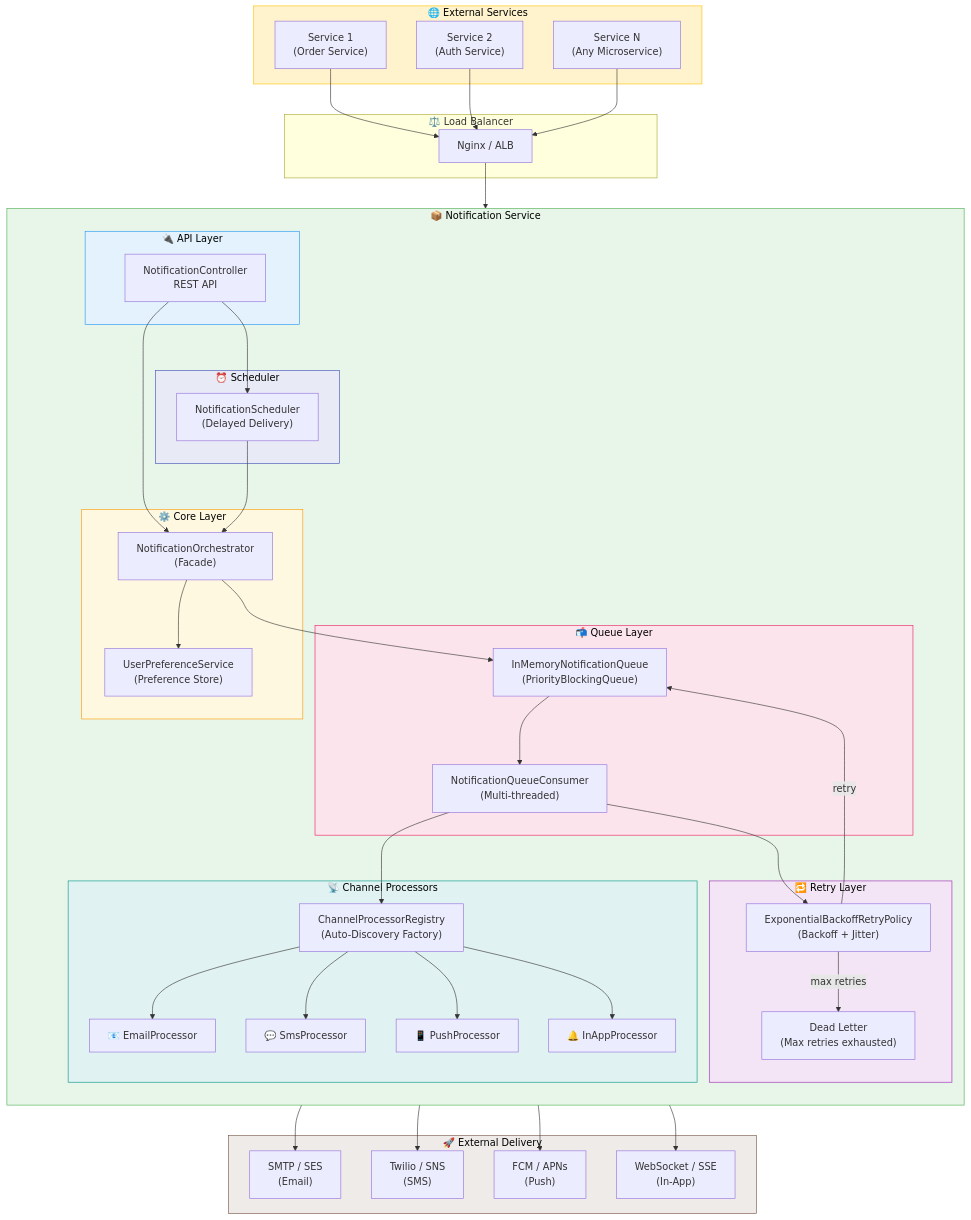
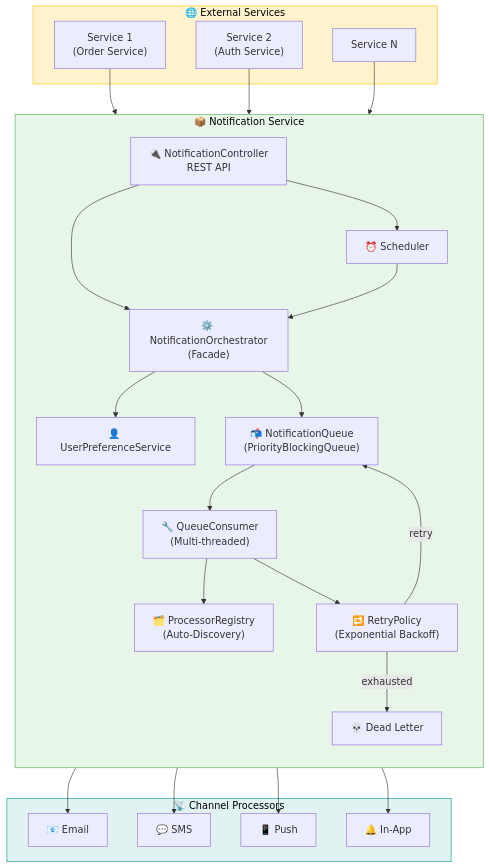
The first of 4 diagrams in README.md (tapeshchavle/notification-service), drawn with Mermaid before and after one commit. The commit also changed other lines of this file, not shown here.

````diff
--- a/README.md
+++ b/README.md
@@ -36,82 +34,45 @@
 ```mermaid
 graph TB
     subgraph External["🌐 External Services"]
         S1["Service 1<br/>(Order Service)"]
         S2["Service 2<br/>(Auth Service)"]
-        S3["Service N<br/>(Any Microservice)"]
-    end
-
-    subgraph LB["⚖️ Load Balancer"]
-        NX["Nginx / ALB"]
+        S3["Service N"]
     end
 
     subgraph NS["📦 Notification Service"]
         direction TB
-
-        subgraph API["🔌 API Layer"]
-            NC["NotificationController<br/>REST API"]
-        end
-
-        subgraph Core["⚙️ Core Layer"]
-            NO["NotificationOrchestrator<br/>(Facade)"]
-            UPS["UserPreferenceService<br/>(Preference Store)"]
-        end
-
-        subgraph Queue["📬 Queue Layer"]
-            NQ["InMemoryNotificationQueue<br/>(PriorityBlockingQueue)"]
-            NQC["NotificationQueueConsumer<br/>(Multi-threaded)"]
-        end
-
-        subgraph Retry["🔁 Retry Layer"]
-            RP["ExponentialBackoffRetryPolicy<br/>(Backoff + Jitter)"]
-            DL["Dead Letter<br/>(Max retries exhausted)"]
-        end
-
-        subgraph Channel["📡 Channel Processors"]
-            REG["ChannelProcessorRegistry<br/>(Auto-Discovery Factory)"]
-            EP["📧 EmailProcessor"]
-            SP["💬 SmsProcessor"]
-            PP["📱 PushProcessor"]
-            IP["🔔 InAppProcessor"]
-        end
-
-        subgraph Scheduler["⏰ Scheduler"]
-            SCH["NotificationScheduler<br/>(Delayed Delivery)"]
-        end
+        NC["🔌 NotificationController<br/>REST API"]
+        NO["⚙️ NotificationOrchestrator<br/>(Facade)"]
+        UPS["👤 UserPreferenceService"]
+        NQ["📬 NotificationQueue<br/>(PriorityBlockingQueue)"]
+        NQC["🔧 QueueConsumer<br/>(Multi-threaded)"]
+        REG["🗂️ ProcessorRegistry<br/>(Auto-Discovery)"]
+        RP["🔁 RetryPolicy<br/>(Exponential Backoff)"]
+        DL["💀 Dead Letter"]
+        SCH["⏰ Scheduler"]
     end
 
-    subgraph Delivery["🚀 External Delivery"]
-        SMTP["SMTP / SES<br/>(Email)"]
-        TWILIO["Twilio / SNS<br/>(SMS)"]
-        FCM["FCM / APNs<br/>(Push)"]
-        WS["WebSocket / SSE<br/>(In-App)"]
+    subgraph Channels["📡 Channel Processors"]
+        EP["📧 Email"]
+        SP["💬 SMS"]
+        PP["📱 Push"]
+        IP["🔔 In-App"]
     end
 
-    S1 & S2 & S3 --> NX
-    NX --> NC
+    S1 & S2 & S3 --> NC
     NC --> NO
     NC --> SCH
     NO --> UPS
     NO --> NQ
     SCH --> NO
     NQ --> NQC
     NQC --> REG
     NQC --> RP
     RP -->|"retry"| NQ
-    RP -->|"max retries"| DL
+    RP -->|"exhausted"| DL
     REG --> EP & SP & PP & IP
-    EP --> SMTP
-    SP --> TWILIO
-    PP --> FCM
-    IP --> WS
 
+    style NS fill:#e8f5e9,stroke:#4caf50,color:#000
+    style Channels fill:#e0f2f1,stroke:#009688,color:#000
     style External fill:#fff3cd,stroke:#ffc107,color:#000
-    style NS fill:#e8f5e9,stroke:#4caf50,color:#000
-    style API fill:#e3f2fd,stroke:#2196f3,color:#000
-    style Core fill:#fff8e1,stroke:#ff9800,color:#000
-    style Queue fill:#fce4ec,stroke:#e91e63,color:#000
-    style Retry fill:#f3e5f5,stroke:#9c27b0,color:#000
-    style Channel fill:#e0f2f1,stroke:#009688,color:#000
-    style Scheduler fill:#e8eaf6,stroke:#3f51b5,color:#000
-    style Delivery fill:#efebe9,stroke:#795548,color:#000
 ```
````
